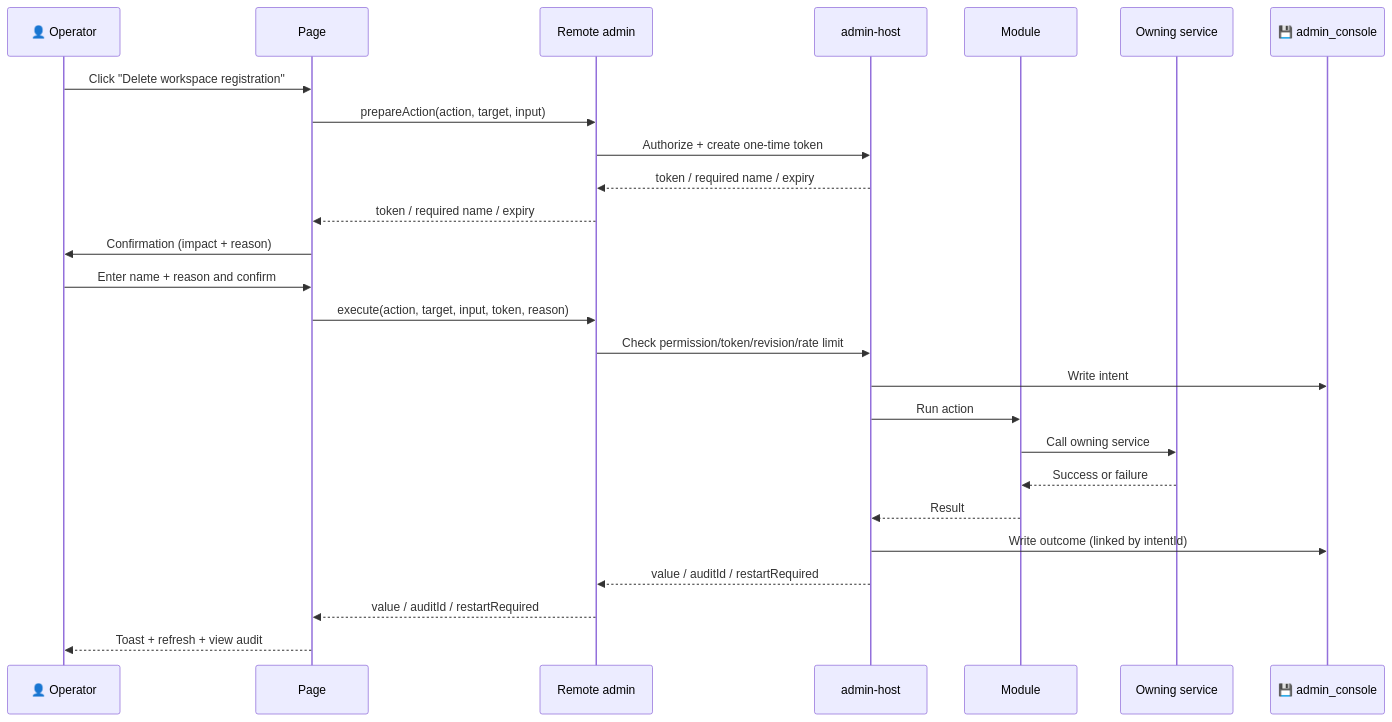
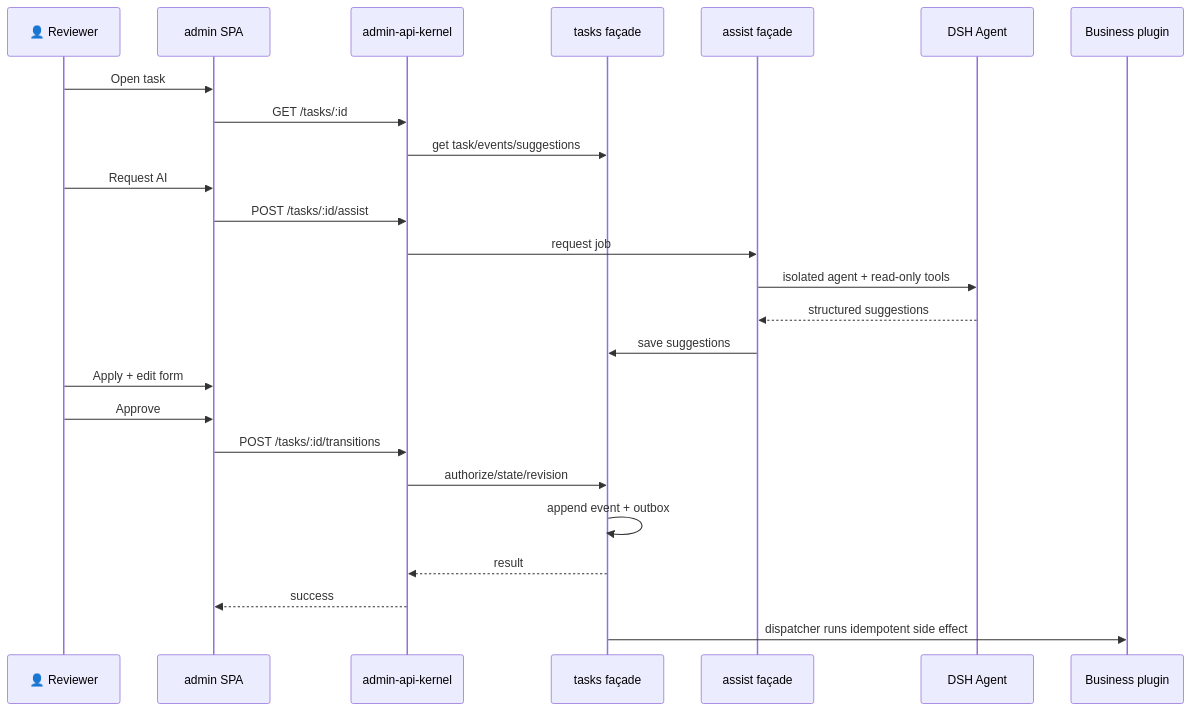
The third of 3 diagrams in docs/admin-system-design.md (waixiaowai/veren), drawn with Mermaid before and after one commit. The commit also changed other lines of this file and 21 other files, not shown here.

First line of the commit message:
feat(docs): update DSH Admin Console design documentation and add vitest configurations

````diff
--- a/docs/admin-system-design.md
+++ b/docs/admin-system-design.md
@@ -743,29 +681,28 @@
 ```mermaid
 sequenceDiagram
-  participant Op as 👤 Operator
-  participant Page as Page
-  participant R as Remote admin
-  participant Core as admin-host
-  participant Mod as Module
-  participant Svc as Owning service
-  participant Audit as 💾 admin_console
+  participant U as 👤 Reviewer
+  participant SPA as admin SPA
+  participant API as admin-api-kernel
+  participant Tasks as tasks façade
+  participant Assist as assist façade
+  participant DSH as DSH Agent
+  participant Biz as Business plugin
 
-  Op->>Page: Click "Delete workspace registration"
-  Page->>R: prepareAction(action, target, input)
-  R->>Core: Authorize + create one-time token
-  Core-->>R: token / required name / expiry
-  R-->>Page: token / required name / expiry
-  Page->>Op: Confirmation (impact + reason)
-  Op->>Page: Enter name + reason and confirm
-  Page->>R: execute(action, target, input, token, reason)
-  R->>Core: Check permission/token/revision/rate limit
-  Core->>Audit: Write intent
-  Core->>Mod: Run action
-  Mod->>Svc: Call owning service
-  Svc-->>Mod: Success or failure
-  Mod-->>Core: Result
-  Core->>Audit: Write outcome (linked by intentId)
-  Core-->>R: value / auditId / restartRequired
-  R-->>Page: value / auditId / restartRequired
-  Page-->>Op: Toast + refresh + view audit
+  U->>SPA: Open task
+  SPA->>API: GET /tasks/:id
+  API->>Tasks: get task/events/suggestions
+  U->>SPA: Request AI
+  SPA->>API: POST /tasks/:id/assist
+  API->>Assist: request job
+  Assist->>DSH: isolated agent + read-only tools
+  DSH-->>Assist: structured suggestions
+  Assist->>Tasks: save suggestions
+  U->>SPA: Apply + edit form
+  U->>SPA: Approve
+  SPA->>API: POST /tasks/:id/transitions
+  API->>Tasks: authorize/state/revision
+  Tasks->>Tasks: append event + outbox
+  Tasks-->>API: result
+  API-->>SPA: success
+  Tasks->>Biz: dispatcher runs idempotent side effect
 ```
````
